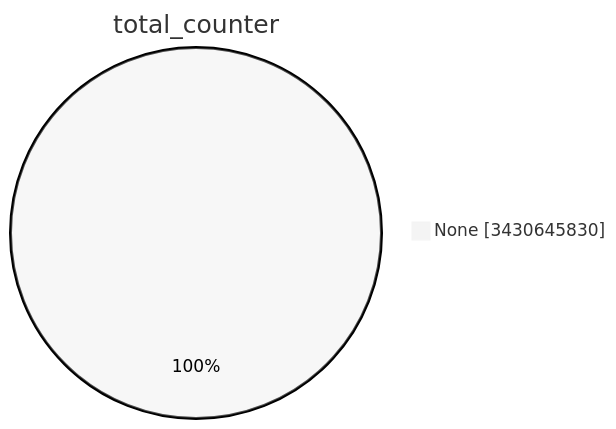
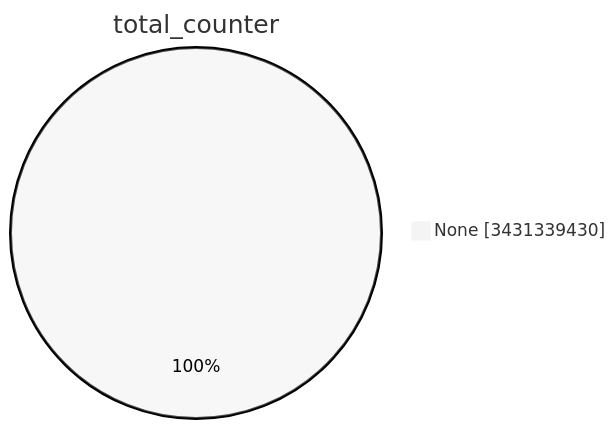
Before and after one commit to christiankrug/ctmonitor_visualization: the first of 15 diagrams in TOTAL/README.md, drawn with Mermaid (neutral theme). The commit also changed other lines of this file, not shown here.

````diff
--- a/TOTAL/README.md
+++ b/TOTAL/README.md
@@ -1,5 +1,5 @@
 ```mermaid
 pie showData
 title total_counter
-"None" :3430645830
+"None" :3431339430
 ```
````
